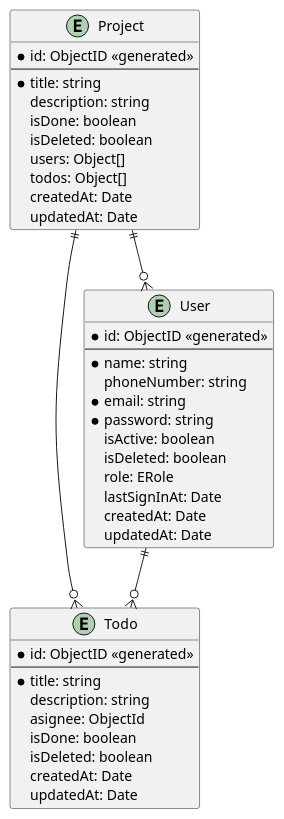
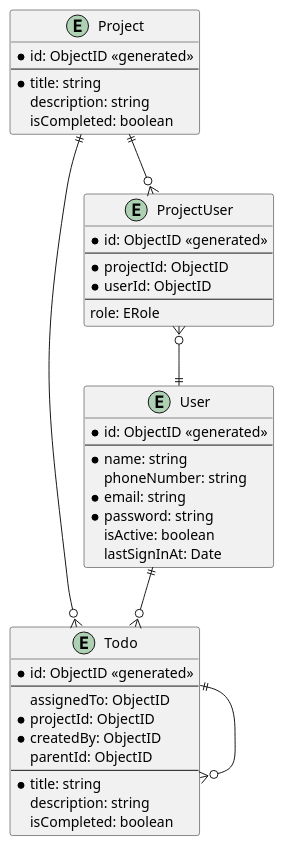
The diagram in todo-loopback/docs/entityRelationship/ERD.puml (Tiensp/todo-loopback), drawn with PlantUML before and after one commit. The commit also changed 41 other files, not shown here.

```diff
--- a/todo-loopback/docs/entityRelationship/ERD.puml
+++ b/todo-loopback/docs/entityRelationship/ERD.puml
@@ -1,51 +1,54 @@
 @startuml Entity Relationship
 
 entity Todo {
   * id: ObjectID <<generated>>
   --
+  assignedTo: ObjectID
+  * projectId: ObjectID
+  * createdBy: ObjectID
+  parentId: ObjectID
+  --
   * title: string
   description: string
-  asignee: ObjectId
-  isDone: boolean
-  isDeleted: boolean
-  createdAt: Date
-  updatedAt: Date
+  isCompleted: boolean
 }
 
 entity Project {
   * id: ObjectID <<generated>>
   --
   * title: string
   description: string
-  isDone: boolean
-  isDeleted: boolean
-  users: Object[]
-  todos: Object[]
-  createdAt: Date
-  updatedAt: Date
+  isCompleted: boolean
 }
 
 entity User {
   * id: ObjectID <<generated>>
   --
   * name: string
   phoneNumber: string
   *email: string
   * password: string
   isActive: boolean
-  isDeleted: boolean
+  lastSignInAt: Date
+}
+
+entity ProjectUser {
+  * id: ObjectID <<generated>>
+  --
+  * projectId: ObjectID
+  * userId: ObjectID
+  --
   role: ERole
   ' enum ERole {
   '   ADMIN = 'admin',
   '   USER = 'user'
   ' }
-  lastSignInAt: Date
-  createdAt: Date
-  updatedAt: Date
 }
 
-Project ||--o{ User
+Project ||--o{ ProjectUser
 Project ||--o{ Todo
+ProjectUser }o--|| User
 User ||--o{ Todo
+Todo ||--o{ Todo
 
 @enduml
```
